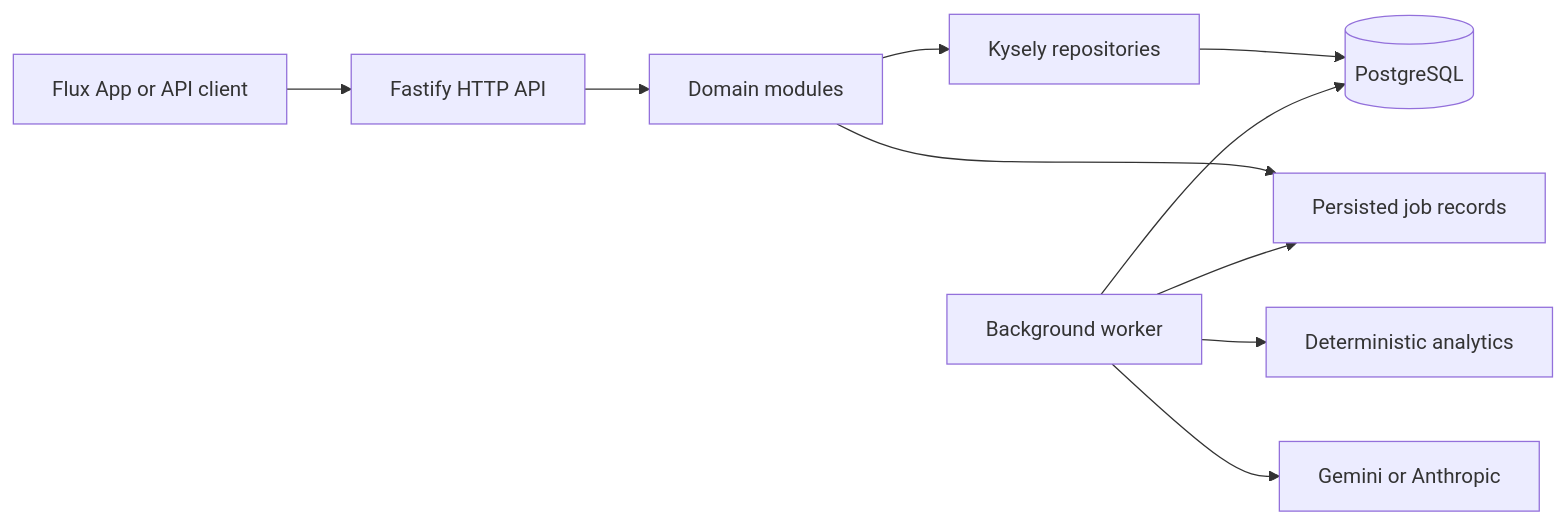
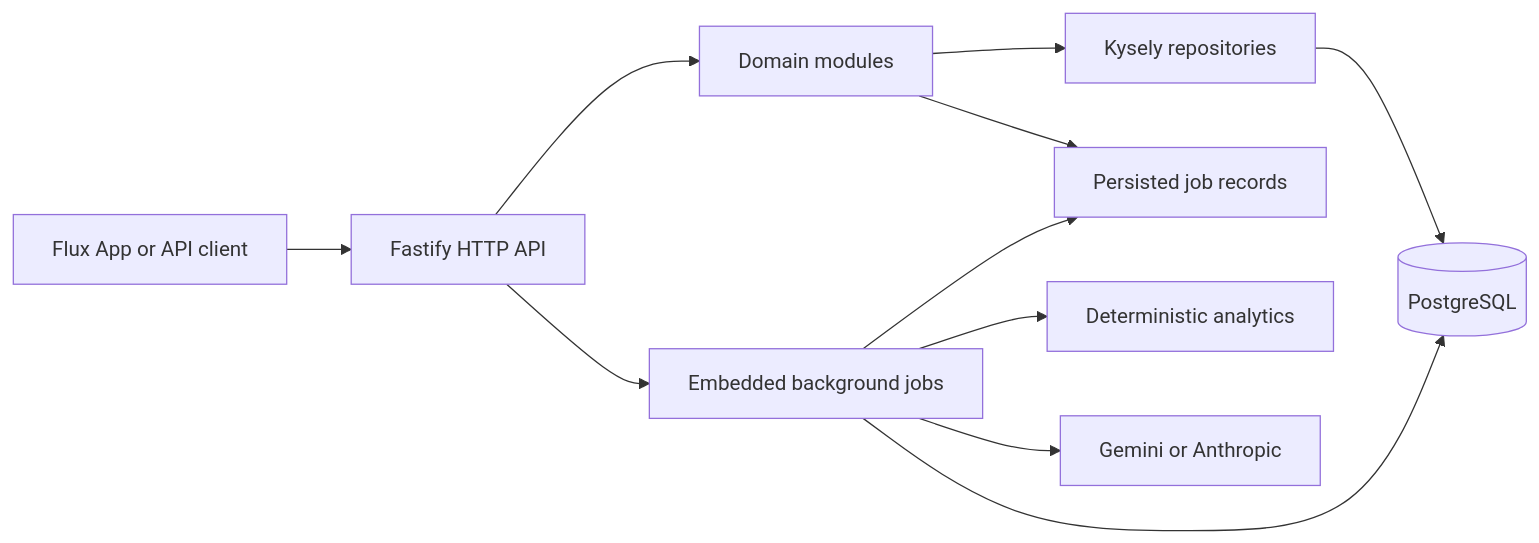
One commit to Aethelon/Flux-API changed the diagram in README.md. Above: the diagram before and after it, drawn with Mermaid. The commit also changed other lines of this file and 27 other files, not shown here.

````diff
--- a/README.md
+++ b/README.md
@@ -18,12 +18,13 @@
 ```mermaid
 flowchart LR
     C["Flux App or API client"] --> H["Fastify HTTP API"]
     H --> M["Domain modules"]
     M --> K["Kysely repositories"]
     K --> DB[("PostgreSQL")]
     M --> Q["Persisted job records"]
-    W["Background worker"] --> Q
-    W --> DB
-    W --> D["Deterministic analytics"]
-    W --> P["Gemini or Anthropic"]
+    H --> B["Embedded background jobs"]
+    B --> Q
+    B --> DB
+    B --> D["Deterministic analytics"]
+    B --> P["Gemini or Anthropic"]
 ```
````
